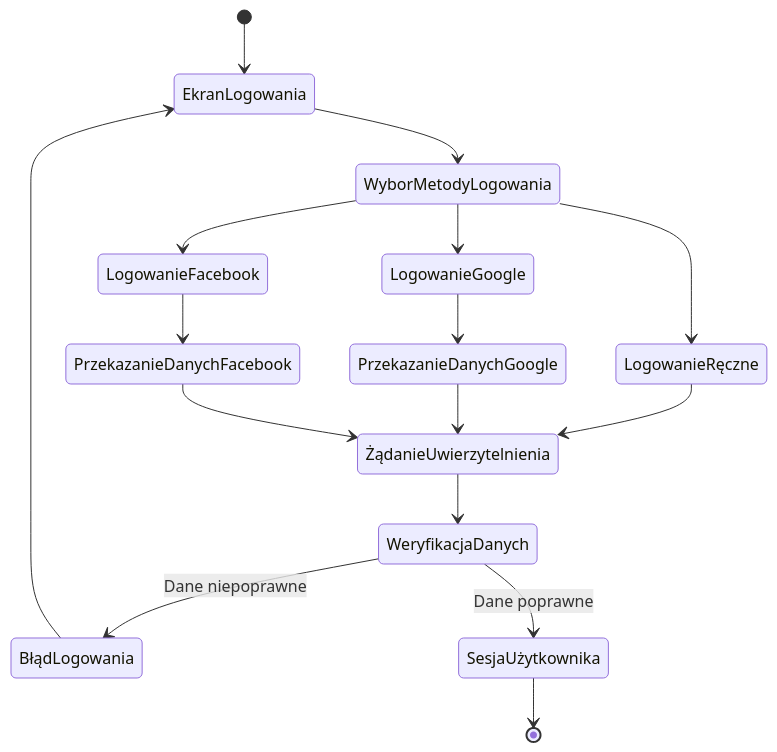
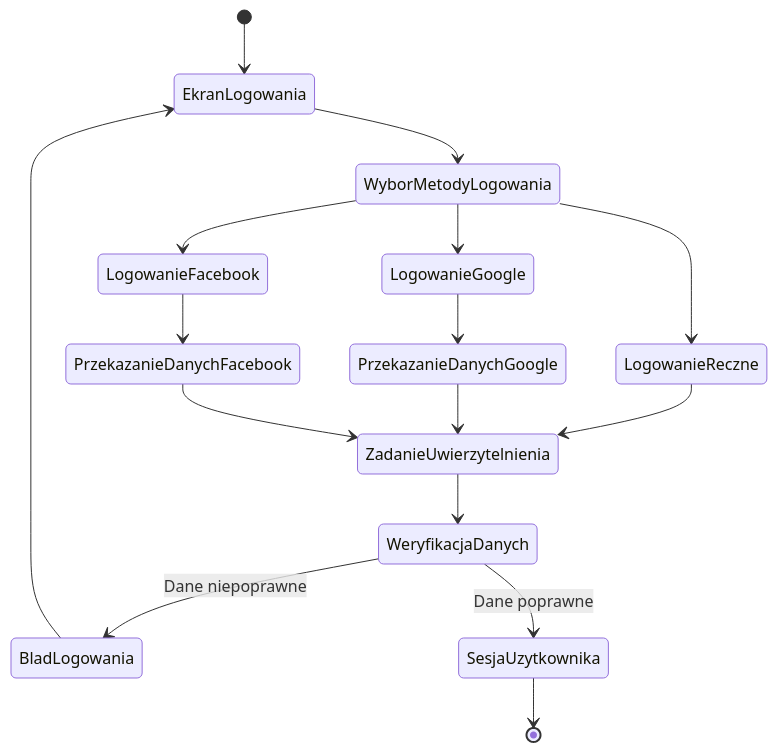
Before and after one commit to WisMaja/MyMoney: the fifth of 6 diagrams in README.md, drawn with Mermaid. The commit also changed other lines of this file, not shown here.

Commit message:
Przetłumaczenie README na język polski i naprawa diagramu encji

````diff
--- a/README.md
+++ b/README.md
@@ -203,25 +203,25 @@
 ```mermaid
 stateDiagram-v2
     [*] --> EkranLogowania
     EkranLogowania --> WyborMetodyLogowania
     
-    WyborMetodyLogowania --> LogowanieRęczne
+    WyborMetodyLogowania --> LogowanieReczne
     WyborMetodyLogowania --> LogowanieGoogle
     WyborMetodyLogowania --> LogowanieFacebook
     
-    LogowanieRęczne --> ŻądanieUwierzytelnienia
+    LogowanieReczne --> ZadanieUwierzytelnienia
     LogowanieGoogle --> PrzekazanieDanychGoogle
     LogowanieFacebook --> PrzekazanieDanychFacebook
     
-    PrzekazanieDanychGoogle --> ŻądanieUwierzytelnienia
-    PrzekazanieDanychFacebook --> ŻądanieUwierzytelnienia
+    PrzekazanieDanychGoogle --> ZadanieUwierzytelnienia
+    PrzekazanieDanychFacebook --> ZadanieUwierzytelnienia
     
-    ŻądanieUwierzytelnienia --> WeryfikacjaDanych
+    ZadanieUwierzytelnienia --> WeryfikacjaDanych
     
-    WeryfikacjaDanych --> BłądLogowania: Dane niepoprawne
-    WeryfikacjaDanych --> SesjaUżytkownika: Dane poprawne
+    WeryfikacjaDanych --> BladLogowania: Dane niepoprawne
+    WeryfikacjaDanych --> SesjaUzytkownika: Dane poprawne
     
-    BłądLogowania --> EkranLogowania
+    BladLogowania --> EkranLogowania
     
-    SesjaUżytkownika --> [*]
+    SesjaUzytkownika --> [*]
 ```
````
